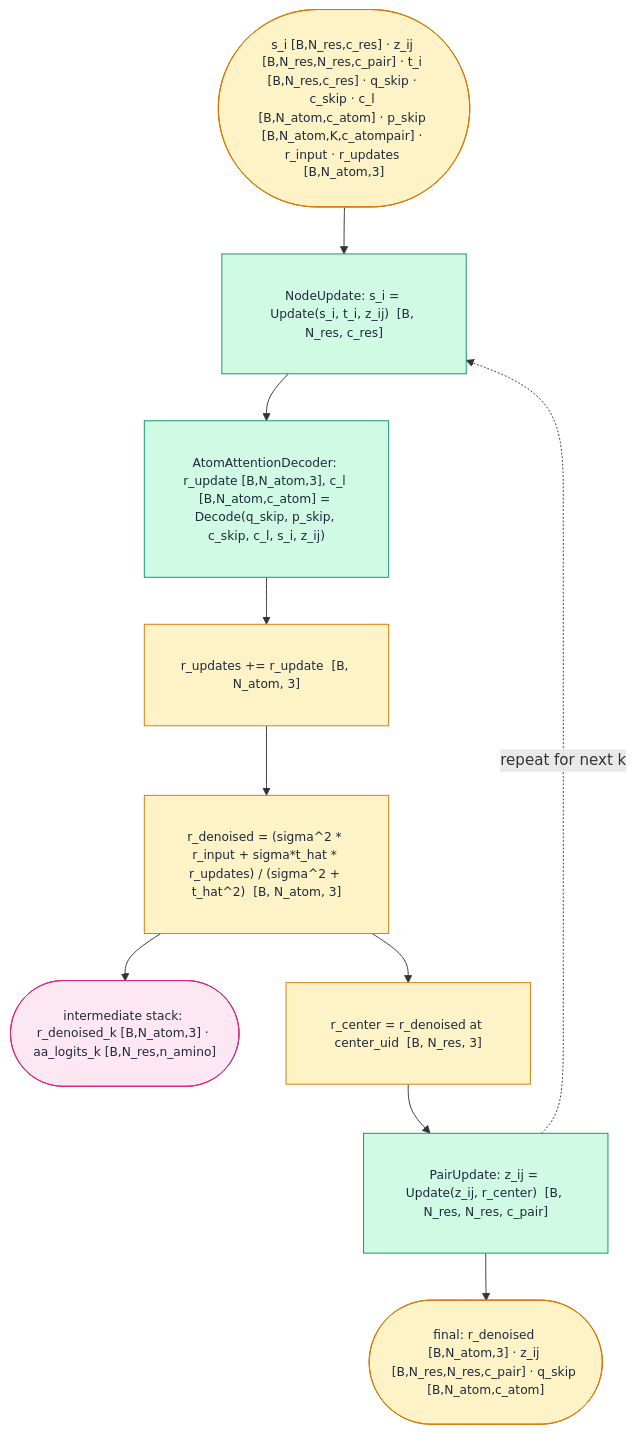
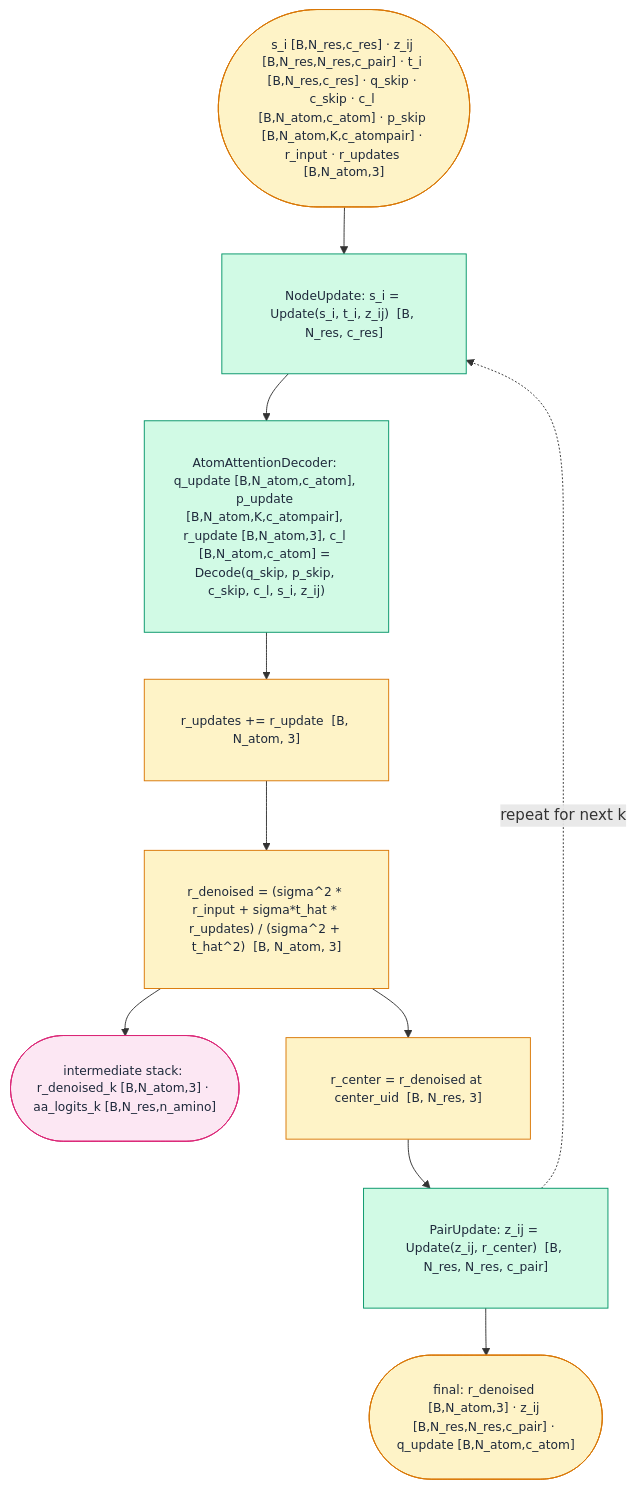
One commit to tmatteso/diffusion changed the second of 3 diagrams in docs/architecture.rst. Above: the diagram before and after it, drawn with Mermaid. The commit also changed other lines of this file and 11 other files, not shown here.

Commit message:
p and q update added to atom decoder

```diff
--- a/docs/architecture.rst
+++ b/docs/architecture.rst
@@ -72,19 +72,19 @@
 .. mermaid::
 
    flowchart TD
        classDef proc fill:#d1fae5,stroke:#059669,color:#1e293b,font-size:13px,padding:8px
        classDef acc  fill:#fef3c7,stroke:#d97706,color:#1e293b,font-size:13px,padding:8px
        classDef out  fill:#fce7f3,stroke:#db2777,color:#1e293b,font-size:13px,padding:8px
 
        IN(["s_i [B,N_res,c_res] · z_ij [B,N_res,N_res,c_pair] · t_i [B,N_res,c_res] · q_skip · c_skip · c_l [B,N_atom,c_atom] · p_skip [B,N_atom,K,c_atompair] · r_input · r_updates [B,N_atom,3]"]):::acc
 
        IN  --> NU["NodeUpdate: s_i = Update(s_i, t_i, z_ij)  [B, N_res, c_res]"]:::proc
-       NU  --> AD["AtomAttentionDecoder: r_update [B,N_atom,3], c_l [B,N_atom,c_atom] = Decode(q_skip, p_skip, c_skip, c_l, s_i, z_ij)"]:::proc
+       NU  --> AD["AtomAttentionDecoder: q_update [B,N_atom,c_atom], p_update [B,N_atom,K,c_atompair], r_update [B,N_atom,3], c_l [B,N_atom,c_atom] = Decode(q_skip, p_skip, c_skip, c_l, s_i, z_ij)"]:::proc
        AD  --> RU["r_updates += r_update  [B, N_atom, 3]"]:::acc
        RU  --> RD["r_denoised = (sigma^2 * r_input + sigma*t_hat * r_updates) / (sigma^2 + t_hat^2)  [B, N_atom, 3]"]:::acc
        RD  --> IH(["intermediate stack: r_denoised_k [B,N_atom,3] · aa_logits_k [B,N_res,n_amino]"]):::out
        RD  --> RC["r_center = r_denoised at center_uid  [B, N_res, 3]"]:::acc
        RC  --> PU["PairUpdate: z_ij = Update(z_ij, r_center)  [B, N_res, N_res, c_pair]"]:::proc
        PU  -.->|"repeat for next k"| NU
 
-       PU  --> FN(["final: r_denoised [B,N_atom,3] · z_ij [B,N_res,N_res,c_pair] · q_skip [B,N_atom,c_atom]"]):::acc
+       PU  --> FN(["final: r_denoised [B,N_atom,3] · z_ij [B,N_res,N_res,c_pair] · q_update [B,N_atom,c_atom]"]):::acc
```
